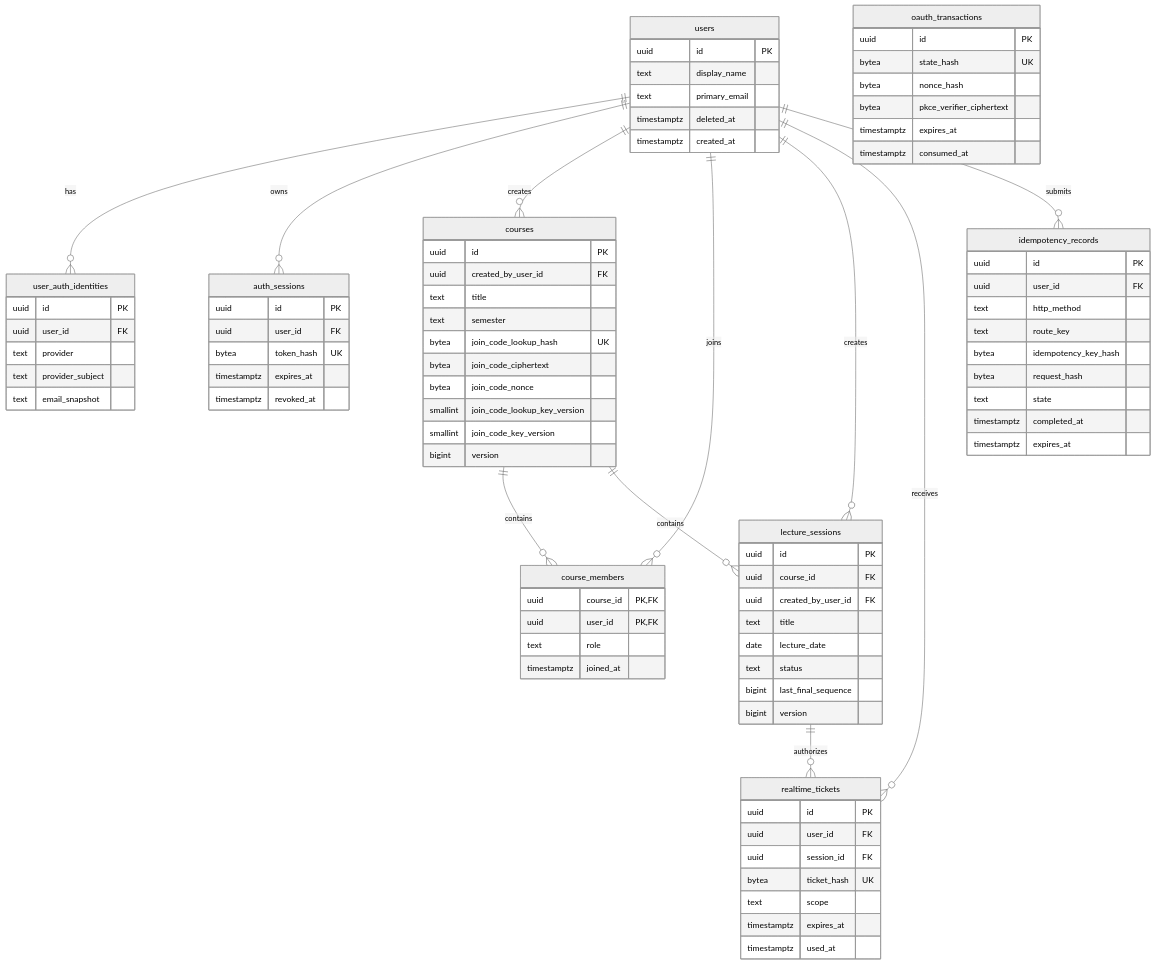
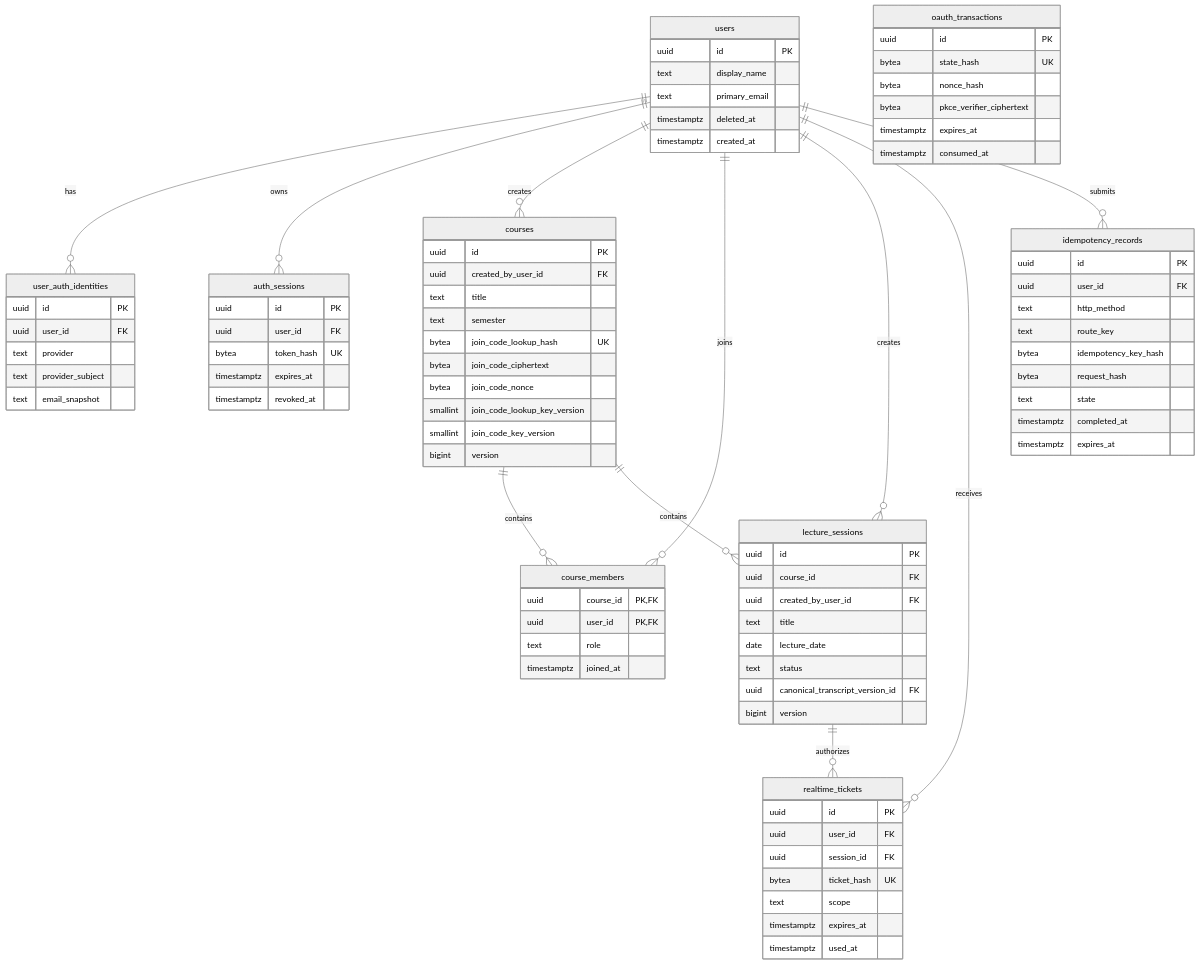
Before and after one commit to madcamp-official/26s-w2-c2-08: the first of 5 diagrams in docs/database/ERD.md, drawn with Mermaid (neutral theme). The commit also changed other lines of this file and 1 other file, not shown here.

Commit message:
문서: Transcript version·시간축·Answer 재매핑 원장 정의

```diff
--- a/docs/database/ERD.md
+++ b/docs/database/ERD.md
@@ -85,7 +85,7 @@
         text title
         date lecture_date
         text status
-        bigint last_final_sequence
+        uuid canonical_transcript_version_id FK
         bigint version
     }
 
```
